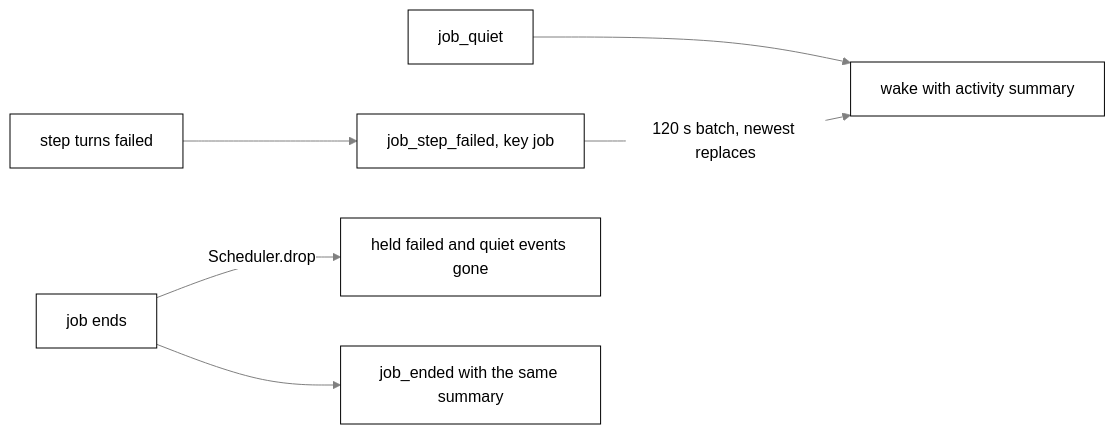
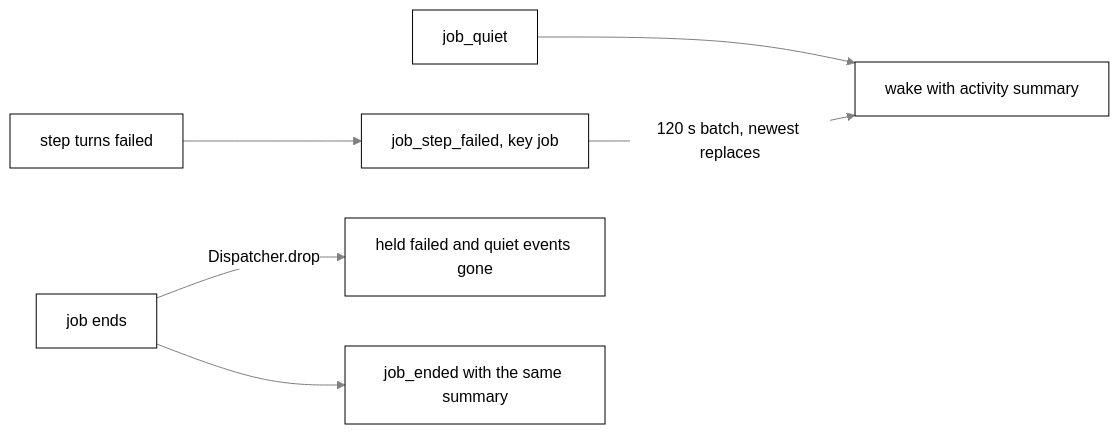
Before and after one commit to nadeem4/tagalong: diagram 12 of 15 in docs/brain.md, drawn with Mermaid. The commit also changed other lines of this file and 31 other files, not shown here.

First line of the commit message:
feat(brain): scheduler becomes the dispatcher with one set of rules (F12) (#368)

````diff
--- a/docs/brain.md
+++ b/docs/brain.md
@@ -1750,9 +1752,9 @@
 ```mermaid
 %%{init: {"theme": "base", "themeVariables": {"primaryColor": "#ffffff", "primaryTextColor": "#000000", "primaryBorderColor": "#000000", "lineColor": "#808080", "arrowheadColor": "#808080", "secondaryColor": "#f2f2f2", "tertiaryColor": "#ffffff", "clusterBkg": "#f7f7f7", "clusterBorder": "#808080", "edgeLabelBackground": "#ffffff", "titleColor": "#808080", "actorBkg": "#ffffff", "actorBorder": "#000000", "actorTextColor": "#000000", "actorLineColor": "#808080", "signalColor": "#808080", "signalTextColor": "#808080", "sequenceNumberColor": "#ffffff", "labelBoxBkgColor": "#ffffff", "labelBoxBorderColor": "#808080", "labelTextColor": "#000000", "loopTextColor": "#808080", "noteBkgColor": "#f7f7f7", "noteBorderColor": "#808080", "noteTextColor": "#000000", "activationBkgColor": "#f7f7f7", "activationBorderColor": "#808080", "fontFamily": "Segoe UI, Helvetica, Arial, sans-serif"}}}%%
 flowchart LR
     A[step turns failed] --> F[job_step_failed, key job]
     Q[job_quiet] --> W
     F -->|120 s batch, newest replaces| W[wake with activity summary]
-    J[job ends] -->|Scheduler.drop| X[held failed and quiet events gone]
+    J[job ends] -->|Dispatcher.drop| X[held failed and quiet events gone]
     J --> E[job_ended with the same summary]
 ```
````
